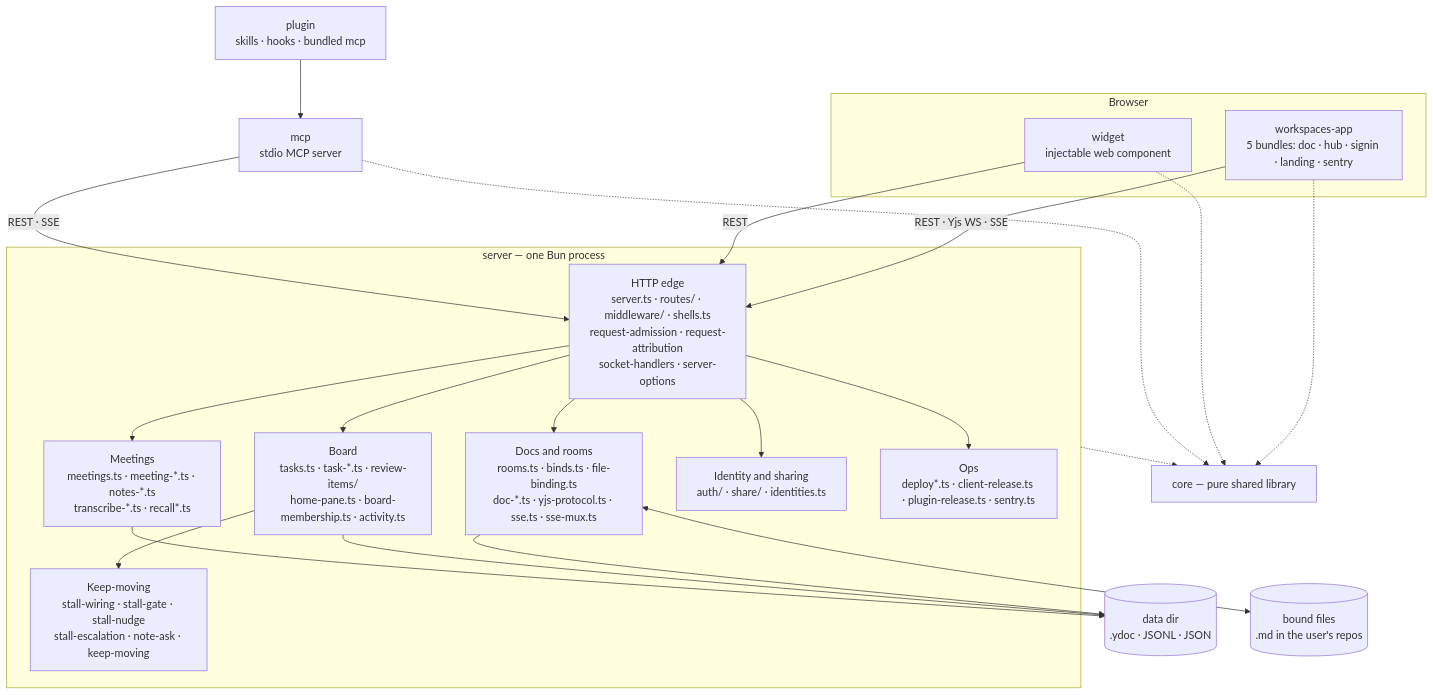
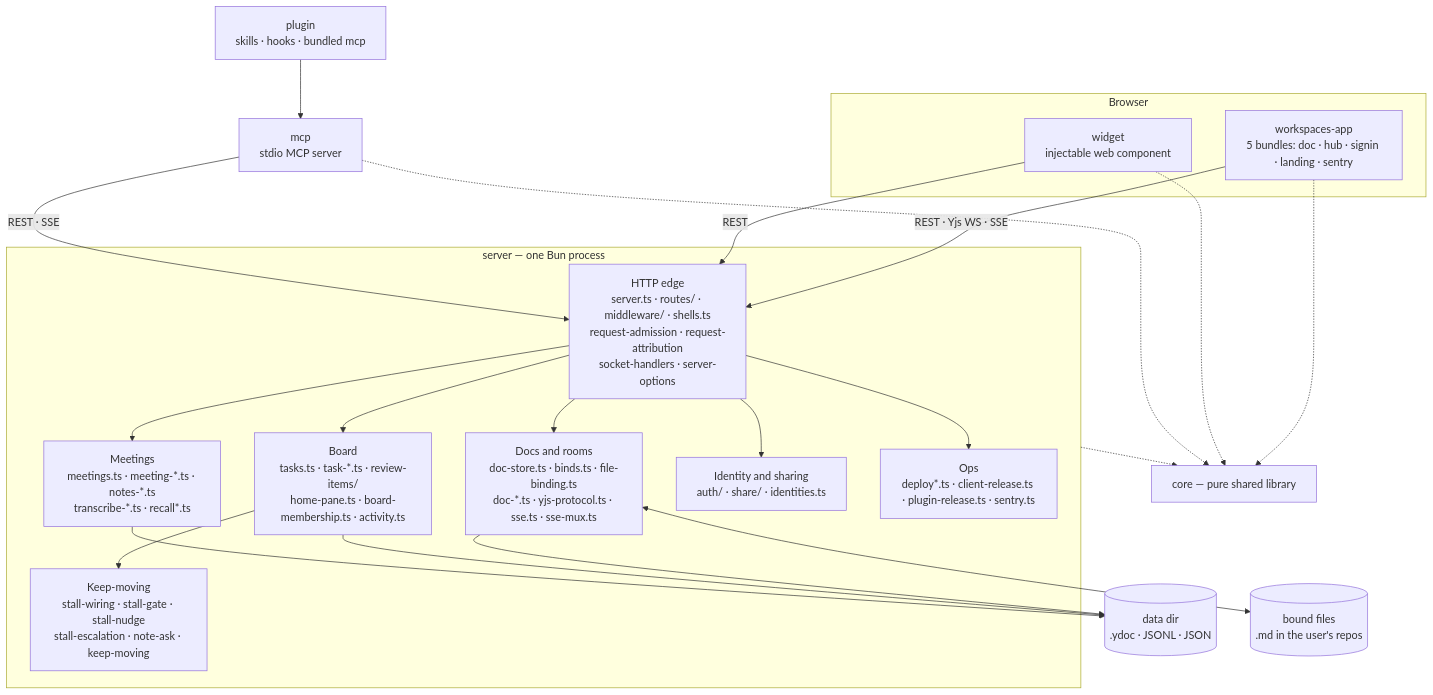
Before and after one commit to fryanpan/claude-live-feedback-plugin: the first of 2 diagrams in docs/architecture/overview.md, drawn with Mermaid. The commit also changed other lines of this file and 94 other files, not shown here.

First line of the commit message:
Move rooms.ts, rooms-workspaces.ts and room-timings.ts to their doc-store names

````diff
--- a/docs/architecture/overview.md
+++ b/docs/architecture/overview.md
@@ -11,32 +11,32 @@
 ```mermaid
 flowchart TB
   subgraph browser[Browser]
     app["workspaces-app<br/>5 bundles: doc · hub · signin · landing · sentry"]
     wid["widget<br/>injectable web component"]
   end
   plug["plugin<br/>skills · hooks · bundled mcp"]
   mcp["mcp<br/>stdio MCP server"]
   subgraph srv["server — one Bun process"]
     edge["HTTP edge<br/>server.ts · routes/ · middleware/ · shells.ts<br/>request-admission · request-attribution<br/>socket-handlers · server-options"]
-    docs["Docs and rooms<br/>rooms.ts · binds.ts · file-binding.ts<br/>doc-*.ts · yjs-protocol.ts · sse.ts · sse-mux.ts"]
+    docs["Docs and rooms<br/>doc-store.ts · binds.ts · file-binding.ts<br/>doc-*.ts · yjs-protocol.ts · sse.ts · sse-mux.ts"]
     board["Board<br/>tasks.ts · task-*.ts · review-items/<br/>home-pane.ts · board-membership.ts · activity.ts"]
     meet["Meetings<br/>meetings.ts · meeting-*.ts · notes-*.ts<br/>transcribe-*.ts · recall*.ts"]
     keep["Keep-moving<br/>stall-wiring · stall-gate · stall-nudge<br/>stall-escalation · note-ask · keep-moving"]
     ident["Identity and sharing<br/>auth/ · share/ · identities.ts"]
     ops["Ops<br/>deploy*.ts · client-release.ts · plugin-release.ts · sentry.ts"]
   end
   core["core — pure shared library"]
   disk[("data dir<br/>.ydoc · JSONL · JSON")]
   files[("bound files<br/>.md in the user's repos")]
 
   app -->|"REST · Yjs WS · SSE"| edge
   wid -->|REST| edge
   plug --> mcp
   mcp -->|"REST · SSE"| edge
   edge --> docs & board & meet & ident & ops
   board --> keep
   docs <--> files
   docs & board & meet --> disk
   app & wid & mcp -.-> core
   srv -.-> core
 ```
````
